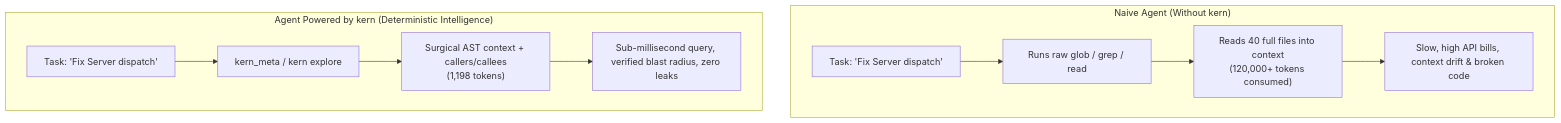
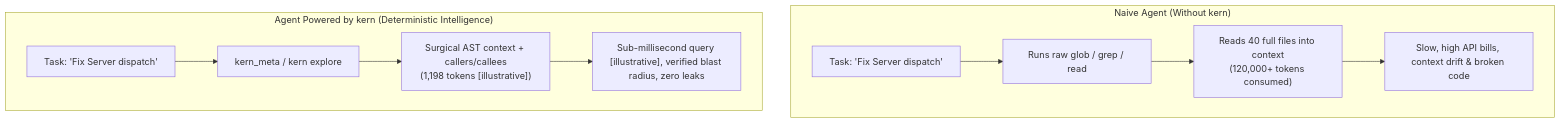
The first of 2 diagrams in README.md (JayveerPrajapati/kern), drawn with Mermaid before and after one commit. The commit also changed other lines of this file and 1237 other files, not shown here.

````diff
--- a/README.md
+++ b/README.md
@@ -50,14 +53,14 @@
 ```mermaid
 flowchart TD
     subgraph Standard_Agent["Naive Agent (Without kern)"]
         A1["Task: 'Fix Server dispatch'"] --> B1["Runs raw glob / grep / read"]
         B1 --> C1["Reads 40 full files into context<br/>(120,000+ tokens consumed)"]
         C1 --> D1["Slow, high API bills, context drift & broken code"]
     end
 
     subgraph Kern_Agent["Agent Powered by kern (Deterministic Intelligence)"]
         A2["Task: 'Fix Server dispatch'"] --> B2["kern_meta / kern explore"]
-        B2 --> C2["Surgical AST context + callers/callees<br/>(1,198 tokens)"]
-        C2 --> D2["Sub-millisecond query, verified blast radius, zero leaks"]
+        B2 --> C2["Surgical AST context + callers/callees<br/>(1,198 tokens [illustrative])"]
+        C2 --> D2["Sub-millisecond query [illustrative], verified blast radius, zero leaks"]
     end
 ```
````
